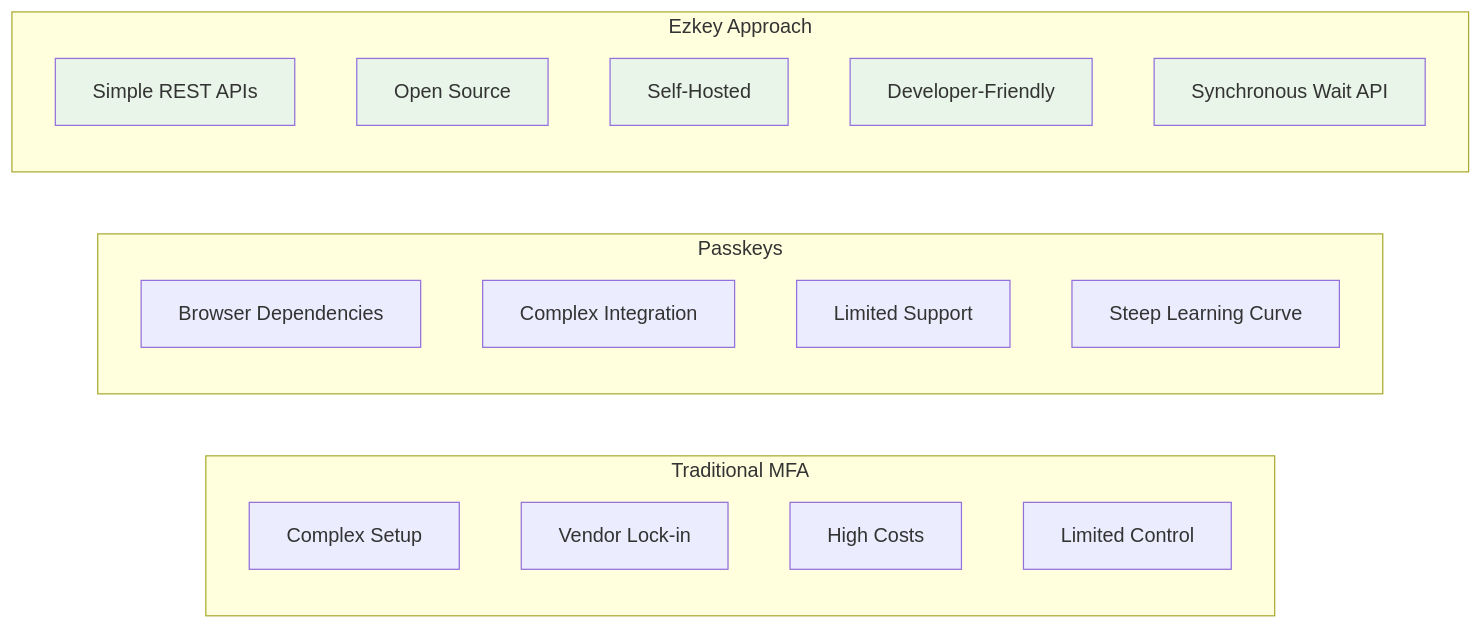
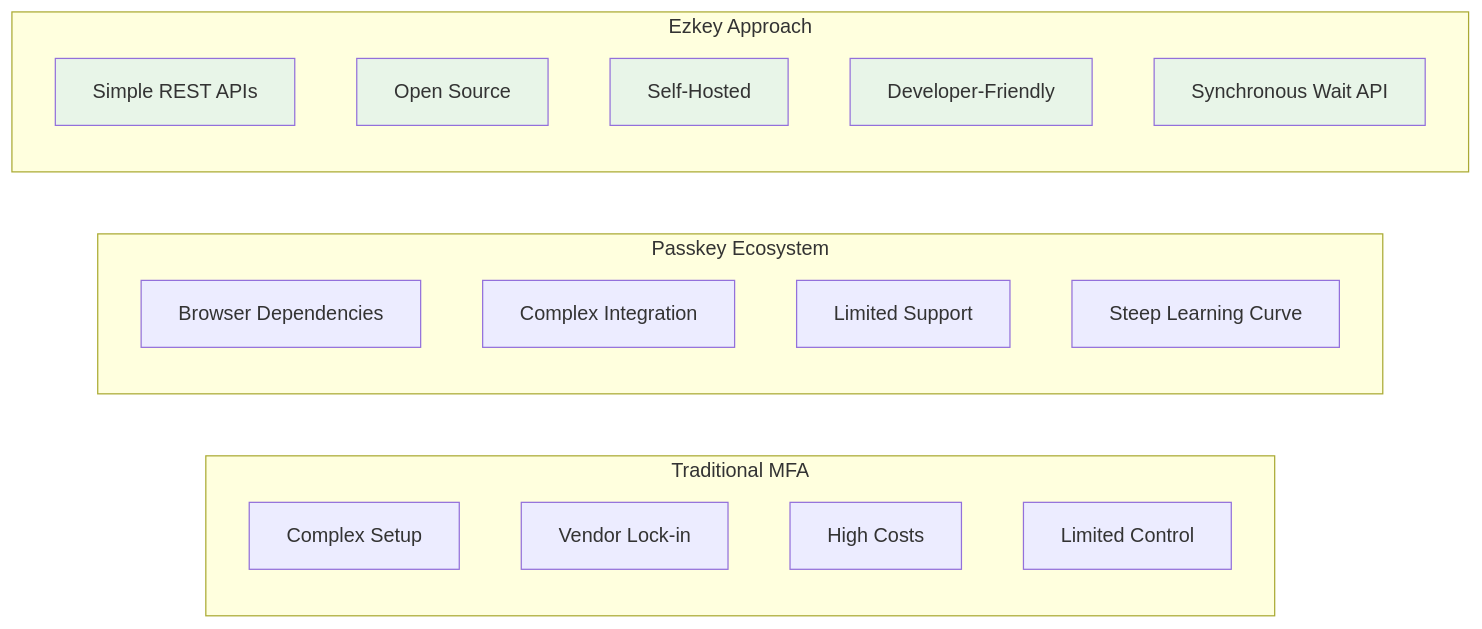
The first of 11 diagrams in README.md (mgagp/ezkey), drawn with Mermaid before and after one commit. The commit also changed other lines of this file and 25 other files, not shown here.

````diff
--- a/README.md
+++ b/README.md
@@ -11,30 +11,30 @@
 ```mermaid
 graph LR
     subgraph "Traditional MFA"
         A[Complex Setup]
         B[Vendor Lock-in]
         C[High Costs]
         D[Limited Control]
     end
 
-    subgraph "Passkeys"
+    subgraph "Passkey Ecosystem"
         E[Browser Dependencies]
         F[Complex Integration]
         G[Limited Support]
         H[Steep Learning Curve]
     end
 
     subgraph "Ezkey Approach"
         I[Simple REST APIs]
         J[Open Source]
         K[Self-Hosted]
         L[Developer-Friendly]
         M[Synchronous Wait API]
     end
 
     style I fill:#e8f5e8
     style J fill:#e8f5e8
     style K fill:#e8f5e8
     style L fill:#e8f5e8
     style M fill:#e8f5e8
 ```
````
